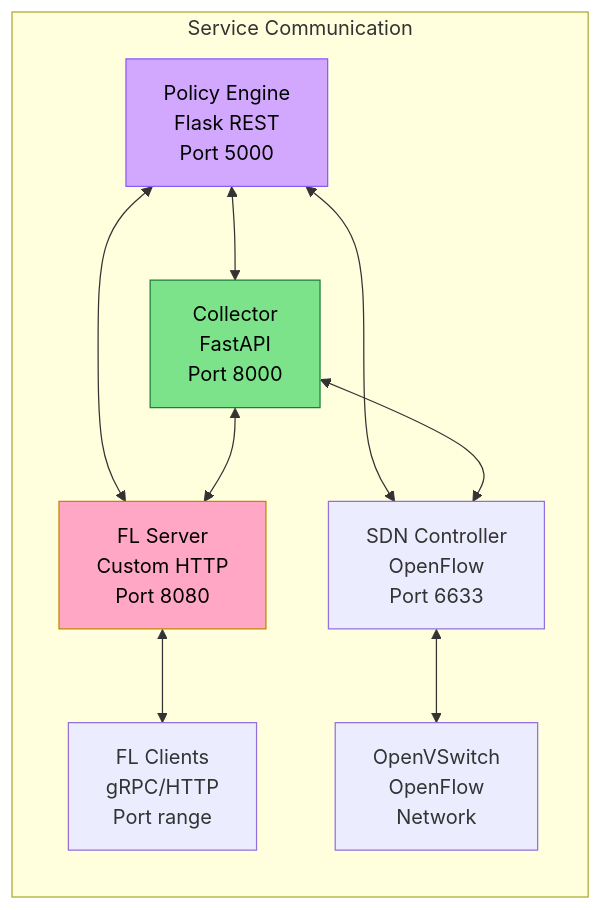
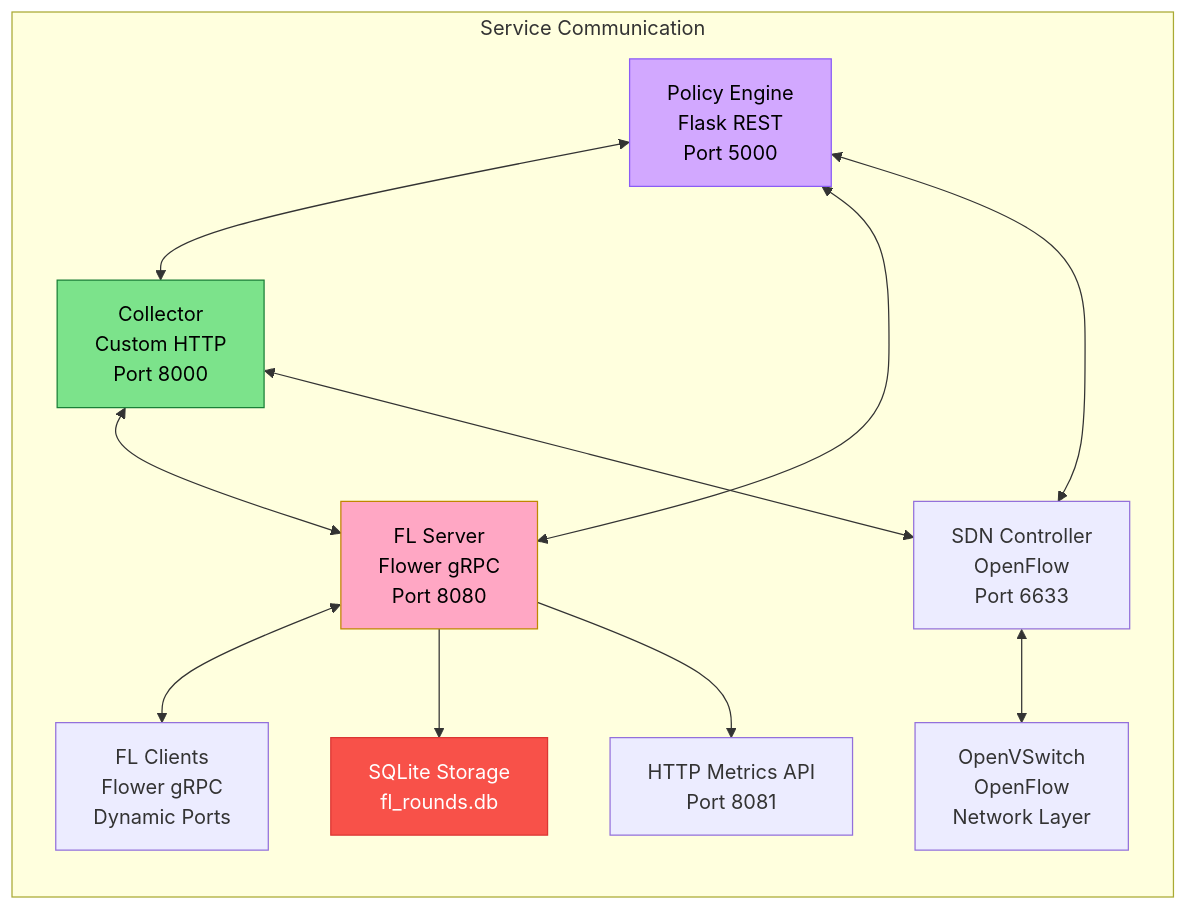
One commit to abdulmeLINK/flopy-net changed the second of 14 diagrams in docs/docs/architecture/overview.md. Above: the diagram before and after it, drawn with Mermaid. The commit also changed other lines of this file and 42 other files, not shown here.

````diff
--- a/docs/docs/architecture/overview.md
+++ b/docs/docs/architecture/overview.md
@@ -131,16 +145,19 @@
 ```mermaid
 graph LR
     subgraph "Service Communication"
-        A[Policy Engine<br/>Flask REST<br/>Port 5000] <--> B[Collector<br/>FastAPI<br/>Port 8000]
-        A <--> C[FL Server<br/>Custom HTTP<br/>Port 8080]
+        A[Policy Engine<br/>Flask REST<br/>Port 5000] <--> B[Collector<br/>Custom HTTP<br/>Port 8000]
+        A <--> C[FL Server<br/>Flower gRPC<br/>Port 8080]
         A <--> D[SDN Controller<br/>OpenFlow<br/>Port 6633]
         B <--> C
         B <--> D
-        C <--> E[FL Clients<br/>gRPC/HTTP<br/>Port range]
-        D <--> F[OpenVSwitch<br/>OpenFlow<br/>Network]
+        C <--> E[FL Clients<br/>Flower gRPC<br/>Dynamic Ports]
+        D <--> F[OpenVSwitch<br/>OpenFlow<br/>Network Layer]
+        C --> G[SQLite Storage<br/>fl_rounds.db]
+        C --> H[HTTP Metrics API<br/>Port 8081]
     end
     
     style A fill:#d2a8ff,stroke:#8b5cf6,color:#000
     style B fill:#7ce38b,stroke:#1a7f37,color:#000
     style C fill:#ffa7c4,stroke:#bf8700,color:#000
+    style G fill:#f85149,stroke:#da3633,color:#fff
 ```
````
